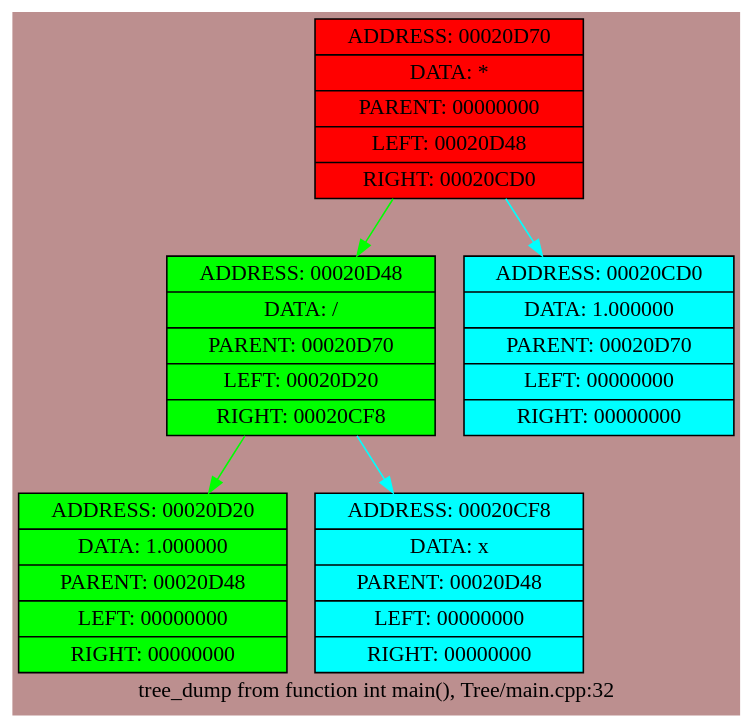
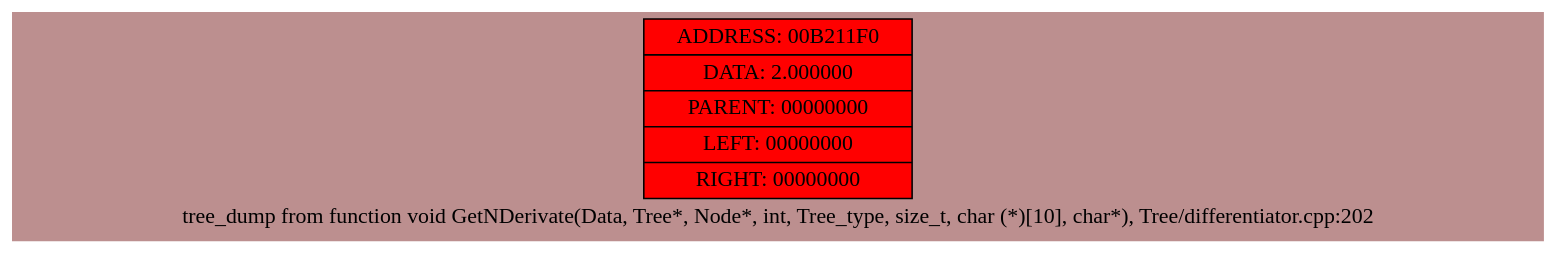
The diagram in dotfile1.dot (Amlola/Differentiator), drawn with Graphviz before and after one commit. The commit also changed 20 other files, not shown here.

```diff
--- a/dotfile1.dot
+++ b/dotfile1.dot
@@ -1,16 +1,8 @@
 digraph struct {bgcolor=RosyBrown rankdir = HR
 
 
-label = "tree_dump from function int main(), Tree/main.cpp:32";
-node0[shape=record, style=filled, fillcolor="red", label=" {ADDRESS: 00020D70 | DATA: * | PARENT: 00000000 | LEFT: 00020D48 | RIGHT: 00020CD0}"];
-node0->node1 [color = "lime"];
-node1[shape=record, style=filled, fillcolor="lime", label=" {ADDRESS: 00020D48 | DATA: / | PARENT: 00020D70 | LEFT: 00020D20 | RIGHT: 00020CF8}"];
-node1->node2 [color = "lime"];
-node2[shape=record, style=filled, fillcolor="lime", label=" {ADDRESS: 00020D20 | DATA: 1.000000 | PARENT: 00020D48 | LEFT: 00000000 | RIGHT: 00000000}"];
-node1->node3 [color = "aqua"];
-node3[shape=record, style=filled, fillcolor="aqua", label=" {ADDRESS: 00020CF8 | DATA: x | PARENT: 00020D48 | LEFT: 00000000 | RIGHT: 00000000}"];
-node0->node4 [color = "aqua"];
-node4[shape=record, style=filled, fillcolor="aqua", label=" {ADDRESS: 00020CD0 | DATA: 1.000000 | PARENT: 00020D70 | LEFT: 00000000 | RIGHT: 00000000}"];
+label = "tree_dump from function void GetNDerivate(Data, Tree*, Node*, int, Tree_type, size_t, char (*)[10], char*), Tree/differentiator.cpp:202";
+node0[shape=record, style=filled, fillcolor="red", label=" {ADDRESS: 00B211F0 | DATA: 2.000000 | PARENT: 00000000 | LEFT: 00000000 | RIGHT: 00000000}"];
 
 
 }
```
